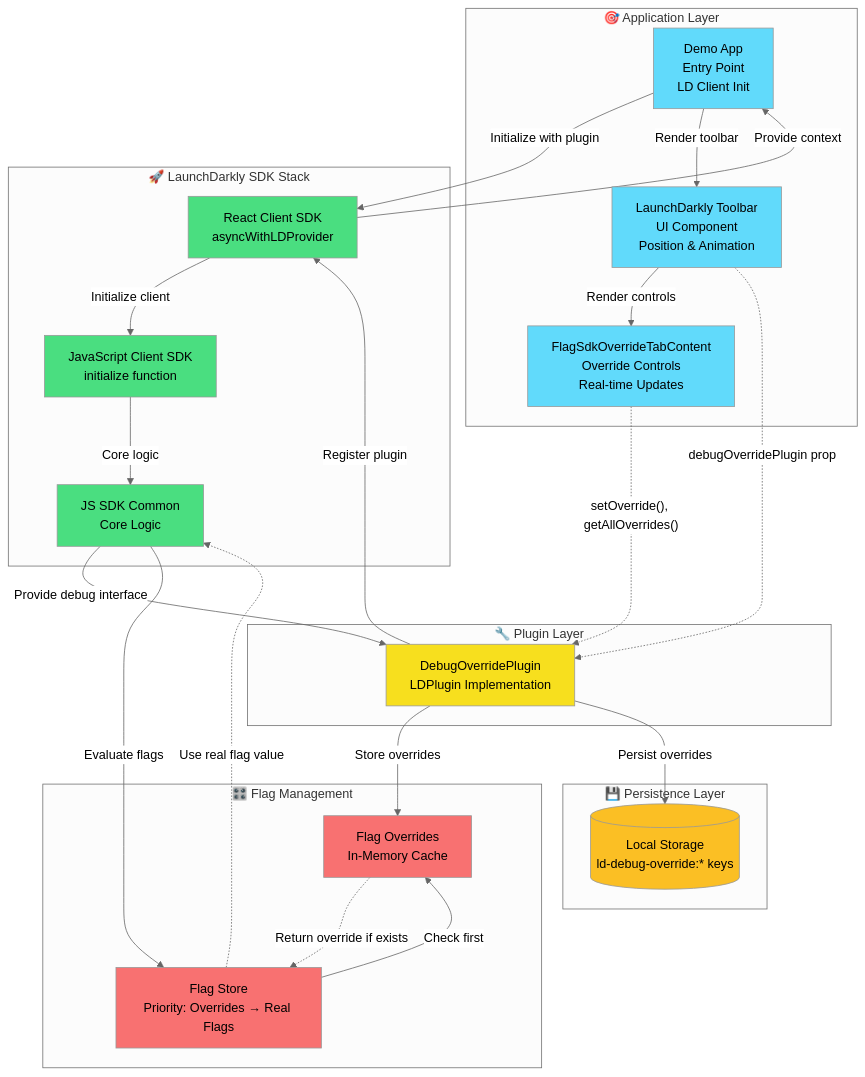
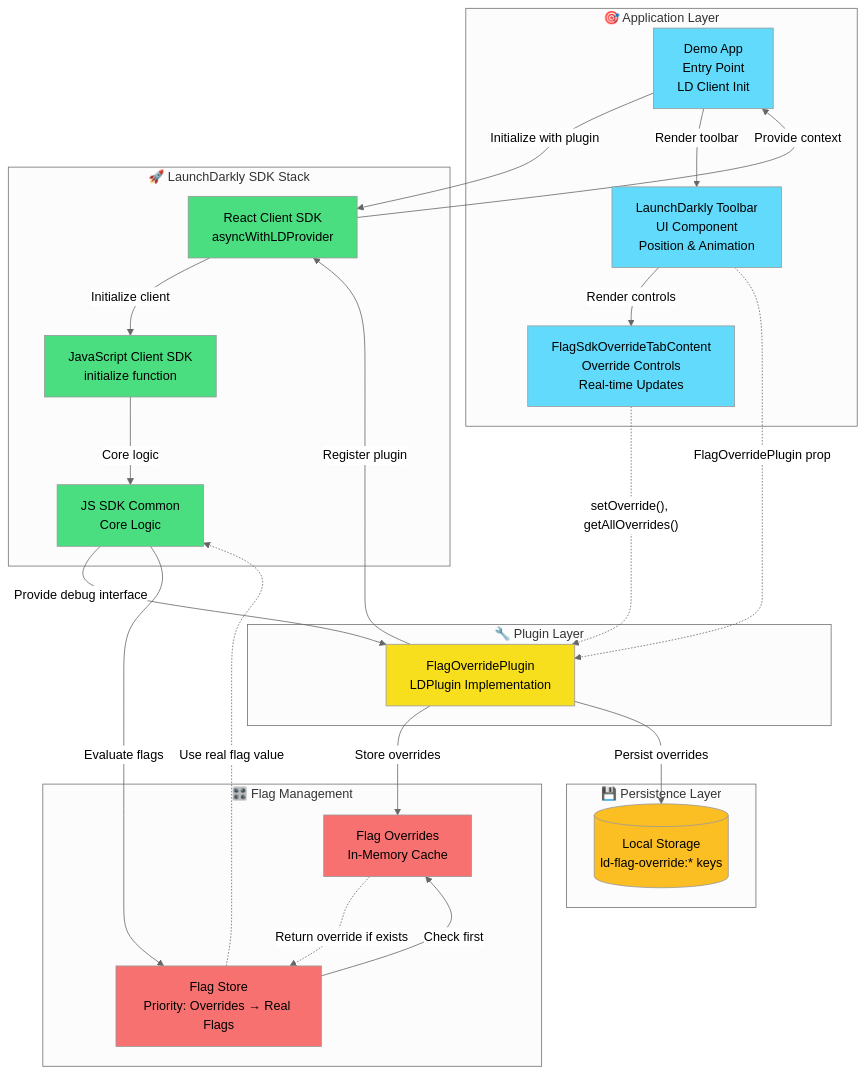
Before and after one commit to launchdarkly/launchdarkly-toolbar: the diagram in docs/plugin-architecture.mermaid, drawn with Mermaid (neutral theme). The commit also changed 19 other files, not shown here.

Commit message:
refactor: rename DebugOverridePlugin to FlagOverridePlugin

```diff
--- a/docs/plugin-architecture.mermaid
+++ b/docs/plugin-architecture.mermaid
@@ -1,73 +1,73 @@
 graph TB
     %% Main Components
     subgraph "🎯 Application Layer"
         App[Demo App<br/>Entry Point<br/>LD Client Init]
         Toolbar[LaunchDarkly Toolbar<br/>UI Component<br/>Position & Animation]
         TabContent[FlagSdkOverrideTabContent<br/>Override Controls<br/>Real-time Updates]
     end
 
     subgraph "🔧 Plugin Layer"
-        DebugOverridePlugin[DebugOverridePlugin<br/>LDPlugin Implementation]
+        FlagOverridePlugin[FlagOverridePlugin<br/>LDPlugin Implementation]
     end
 
     subgraph "🚀 LaunchDarkly SDK Stack"
         ReactSDK[React Client SDK<br/>asyncWithLDProvider]
         JSSDK[JavaScript Client SDK<br/>initialize function]
         CommonSDK[JS SDK Common<br/>Core Logic]
     end
 
     subgraph "🎛️ Flag Management"
         FlagStore[Flag Store<br/>Priority: Overrides → Real Flags]
         OverrideStore[Flag Overrides<br/>In-Memory Cache]
     end
 
     subgraph "💾 Persistence Layer"
-        LocalStorage[(Local Storage<br/>ld-debug-override:* keys)]
+        LocalStorage[(Local Storage<br/>ld-flag-override:* keys)]
     end
 
 
 
     %% 🔄 Plugin Registration & Initialization
     App -->|Initialize with plugin| ReactSDK
     ReactSDK -->|Initialize client| JSSDK
     JSSDK -->|Core logic| CommonSDK
-    DebugOverridePlugin -->|Register plugin| ReactSDK
+    FlagOverridePlugin -->|Register plugin| ReactSDK
 
     %% 🔧 Debug Interface Handshake
-    CommonSDK -->|Provide debug interface| DebugOverridePlugin
-    DebugOverridePlugin -->|Store overrides| OverrideStore
+    CommonSDK -->|Provide debug interface| FlagOverridePlugin
+    FlagOverridePlugin -->|Store overrides| OverrideStore
 
     %% 🎨 Client Flow (JS SDK)
     ReactSDK -->|Provide context| App
     App -->|Render toolbar| Toolbar
     Toolbar -->|Render controls| TabContent
 
     %% ⚡ Direct Plugin Integration
-    Toolbar -.->|debugOverridePlugin prop| DebugOverridePlugin
-    TabContent -.->|"setOverride(), getAllOverrides()"| DebugOverridePlugin
+    Toolbar -.->|FlagOverridePlugin prop| FlagOverridePlugin
+    TabContent -.->|"setOverride(), getAllOverrides()"| FlagOverridePlugin
 
 
 
     %% 💾 Storage Management
-    DebugOverridePlugin -->|Persist overrides| LocalStorage
+    FlagOverridePlugin -->|Persist overrides| LocalStorage
 
     %% 🎯 Flag Evaluation Priority
     CommonSDK -->|Evaluate flags| FlagStore
     FlagStore -->|Check first| OverrideStore
     OverrideStore -.->|Return override if exists| FlagStore
     FlagStore -.->|Use real flag value| CommonSDK
 
 
 
     %% Styling
     classDef app fill:#61dafb,color:black
     classDef plugin fill:#f7df1e,color:black
     classDef sdk fill:#4ade80,color:black
     classDef storage fill:#fbbf24,color:black
     classDef flags fill:#f87171,color:black
 
     class App,Toolbar,TabContent app
-    class DebugOverridePlugin plugin
+    class FlagOverridePlugin plugin
     class ReactSDK,JSSDK,CommonSDK sdk
     class FlagStore,OverrideStore flags
     class LocalStorage storage
```
